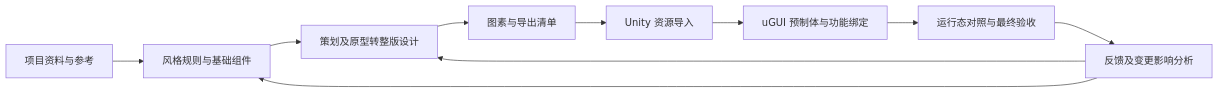
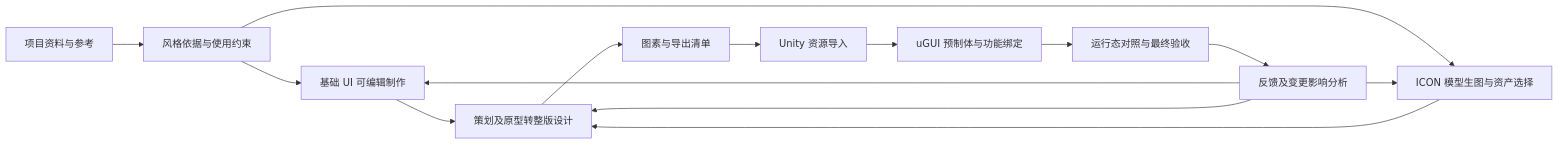
Before and after one commit to georgepeng90/smart-ui: the diagram in docs/toolchain-roadmap.md, drawn with Mermaid. The commit also changed other lines of this file and 19 other files, not shown here.

Commit message:
实现独立图像资产与 UI 组合预览

````diff
--- a/docs/toolchain-roadmap.md
+++ b/docs/toolchain-roadmap.md
@@ -17,12 +17,16 @@
 ```mermaid
 flowchart LR
-    A[项目资料与参考] --> B[风格规则与基础组件]
+    A[项目资料与参考] --> S[风格依据与使用约束]
+    S --> B[基础 UI 可编辑制作]
+    S --> I[ICON 模型生图与资产选择]
     B --> C[策划及原型转整版设计]
+    I --> C
     C --> D[图素与导出清单]
     D --> E[Unity 资源导入]
     E --> F[uGUI 预制体与功能绑定]
     F --> G[运行态对照与最终验收]
     G --> H[反馈及变更影响分析]
     H --> B
+    H --> I
     H --> C
 ```
````
